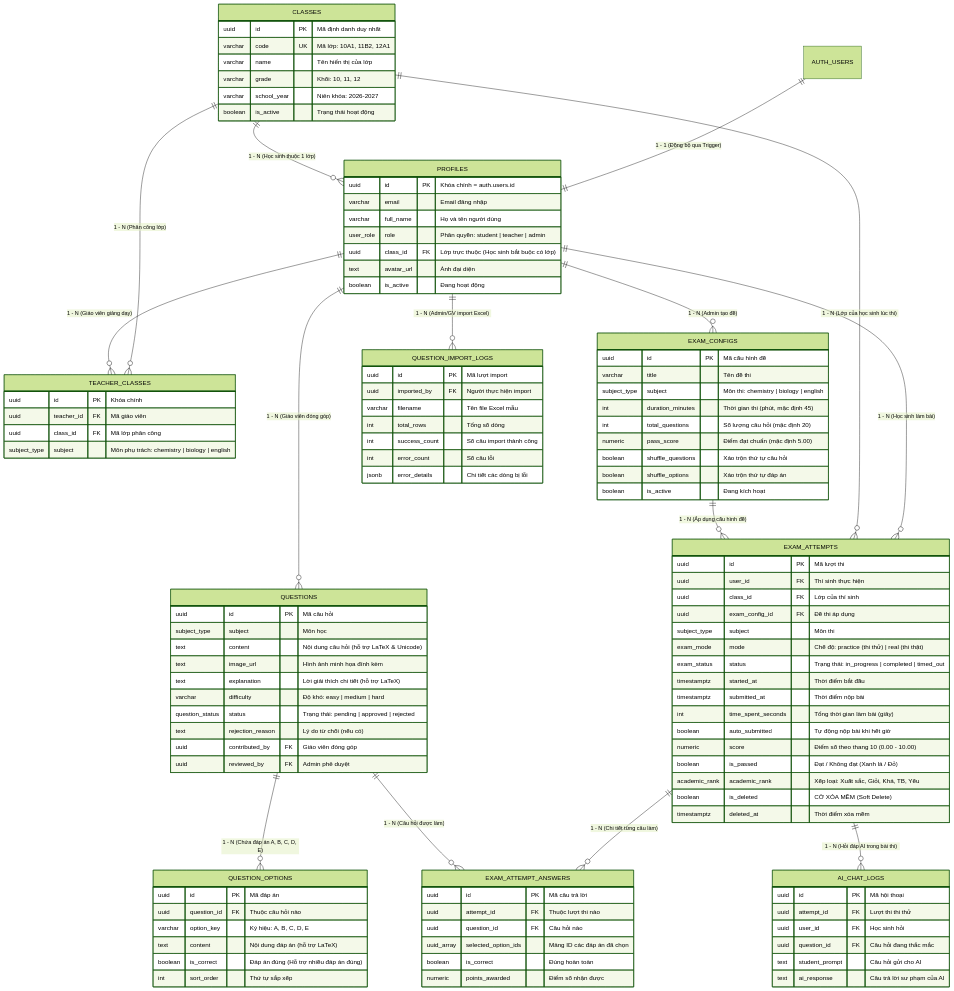
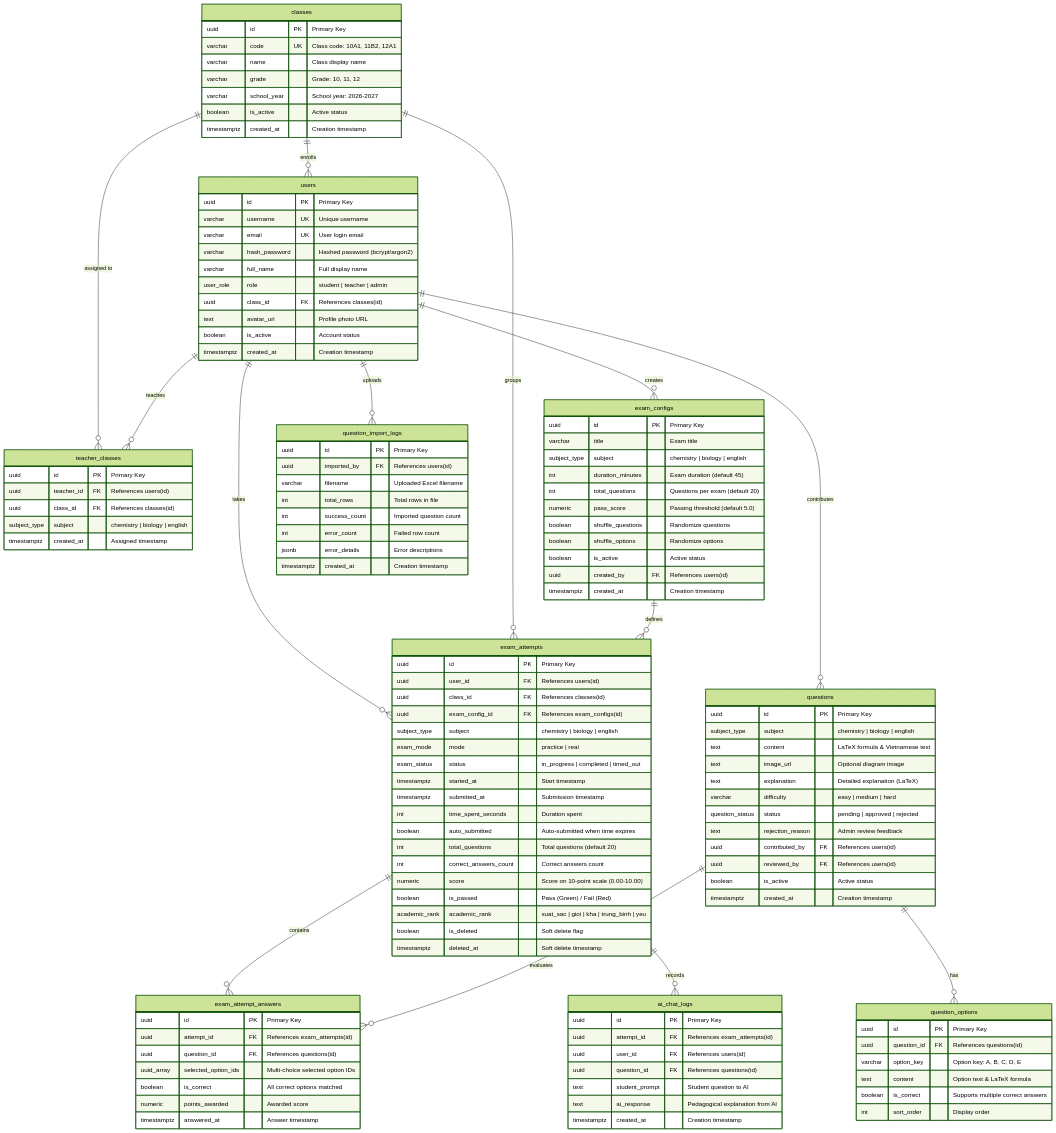
Before and after one commit to sunlight3d/VietIS: the diagram in vibercodeDate21-09-2026/exam-app/docs/luoc-do-co-so-du-lieu.md, drawn with Mermaid (forest theme). The commit also changed other lines of this file and 5 other files, not shown here.

Commit message:
refactor(db): standardize entity and attribute naming to English users(username, hash_password) convention

````diff
--- a/vibercodeDate21-09-2026/exam-app/docs/luoc-do-co-so-du-lieu.md
+++ b/vibercodeDate21-09-2026/exam-app/docs/luoc-do-co-so-du-lieu.md
@@ -34,124 +34,137 @@
 ```mermaid
 erDiagram
-    AUTH_USERS ||--|| PROFILES : "1 - 1 (Đồng bộ qua Trigger)"
-    CLASSES ||--o{ PROFILES : "1 - N (Học sinh thuộc 1 lớp)"
-    CLASSES ||--o{ TEACHER_CLASSES : "1 - N (Phân công lớp)"
-    PROFILES ||--o{ TEACHER_CLASSES : "1 - N (Giáo viên giảng dạy)"
-    PROFILES ||--o{ EXAM_CONFIGS : "1 - N (Admin tạo đề)"
-    PROFILES ||--o{ QUESTIONS : "1 - N (Giáo viên đóng góp)"
-    QUESTIONS ||--o{ QUESTION_OPTIONS : "1 - N (Chứa đáp án A, B, C, D, E)"
-    PROFILES ||--o{ EXAM_ATTEMPTS : "1 - N (Học sinh làm bài)"
-    CLASSES ||--o{ EXAM_ATTEMPTS : "1 - N (Lớp của học sinh lúc thi)"
-    EXAM_CONFIGS ||--o{ EXAM_ATTEMPTS : "1 - N (Áp dụng cấu hình đề)"
-    EXAM_ATTEMPTS ||--o{ EXAM_ATTEMPT_ANSWERS : "1 - N (Chi tiết từng câu làm)"
-    QUESTIONS ||--o{ EXAM_ATTEMPT_ANSWERS : "1 - N (Câu hỏi được làm)"
-    EXAM_ATTEMPTS ||--o{ AI_CHAT_LOGS : "1 - N (Hỏi đáp AI trong bài thi)"
-    PROFILES ||--o{ QUESTION_IMPORT_LOGS : "1 - N (Admin/GV import Excel)"
+    users ||--o{ exam_attempts : "takes"
+    classes ||--o{ users : "enrolls"
+    classes ||--o{ teacher_classes : "assigned to"
+    users ||--o{ teacher_classes : "teaches"
+    users ||--o{ exam_configs : "creates"
+    users ||--o{ questions : "contributes"
+    questions ||--o{ question_options : "has"
+    classes ||--o{ exam_attempts : "groups"
+    exam_configs ||--o{ exam_attempts : "defines"
+    exam_attempts ||--o{ exam_attempt_answers : "contains"
+    questions ||--o{ exam_attempt_answers : "evaluates"
+    exam_attempts ||--o{ ai_chat_logs : "records"
+    users ||--o{ question_import_logs : "uploads"
 
-    CLASSES {
-        uuid id PK "Mã định danh duy nhất"
-        varchar code UK "Mã lớp: 10A1, 11B2, 12A1"
-        varchar name "Tên hiển thị của lớp"
-        varchar grade "Khối: 10, 11, 12"
-        varchar school_year "Niên khóa: 2026-2027"
-        boolean is_active "Trạng thái hoạt động"
+    users {
+        uuid id PK "Primary Key"
+        varchar username UK "Unique username"
+        varchar email UK "User login email"
+        varchar hash_password "Hashed password (bcrypt/argon2)"
+        varchar full_name "Full display name"
+        user_role role "student | teacher | admin"
+        uuid class_id FK "References classes(id)"
+        text avatar_url "Profile photo URL"
+        boolean is_active "Account status"
+        timestamptz created_at "Creation timestamp"
     }
 
-    PROFILES {
-        uuid id PK "Khóa chính = auth.users.id"
-        varchar email "Email đăng nhập"
-        varchar full_name "Họ và tên người dùng"
-        user_role role "Phân quyền: student | teacher | admin"
-        uuid class_id FK "Lớp trực thuộc (Học sinh bắt buộc có lớp)"
-        text avatar_url "Ảnh đại diện"
-        boolean is_active "Đang hoạt động"
+    classes {
+        uuid id PK "Primary Key"
+        varchar code UK "Class code: 10A1, 11B2, 12A1"
+        varchar name "Class display name"
+        varchar grade "Grade: 10, 11, 12"
+        varchar school_year "School year: 2026-2027"
+        boolean is_active "Active status"
+        timestamptz created_at "Creation timestamp"
     }
 
-    TEACHER_CLASSES {
-        uuid id PK "Khóa chính"
-        uuid teacher_id FK "Mã giáo viên"
-        uuid class_id FK "Mã lớp phân công"
-        subject_type subject "Môn phụ trách: chemistry | biology | english"
+    teacher_classes {
+        uuid id PK "Primary Key"
+        uuid teacher_id FK "References users(id)"
+        uuid class_id FK "References classes(id)"
+        subject_type subject "chemistry | biology | english"
+        timestamptz created_at "Assigned timestamp"
     }
 
-    EXAM_CONFIGS {
-        uuid id PK "Mã cấu hình đề"
-        varchar title "Tên đề thi"
-        subject_type subject "Môn thi: chemistry | biology | english"
-        int duration_minutes "Thời gian thi (phút, mặc định 45)"
-        int total_questions "Số lượng câu hỏi (mặc định 20)"
-        numeric pass_score "Điểm đạt chuẩn (mặc định 5.00)"
-        boolean shuffle_questions "Xáo trộn thứ tự câu hỏi"
-        boolean shuffle_options "Xáo trộn thứ tự đáp án"
-        boolean is_active "Đang kích hoạt"
+    exam_configs {
+        uuid id PK "Primary Key"
+        varchar title "Exam title"
+        subject_type subject "chemistry | biology | english"
+        int duration_minutes "Exam duration (default 45)"
+        int total_questions "Questions per exam (default 20)"
+        numeric pass_score "Passing threshold (default 5.0)"
+        boolean shuffle_questions "Randomize questions"
+        boolean shuffle_options "Randomize options"
+        boolean is_active "Active status"
+        uuid created_by FK "References users(id)"
+        timestamptz created_at "Creation timestamp"
     }
 
-    QUESTIONS {
-        uuid id PK "Mã câu hỏi"
-        subject_type subject "Môn học"
-        text content "Nội dung câu hỏi (hỗ trợ LaTeX & Unicode)"
-        text image_url "Hình ảnh minh họa đính kèm"
-        text explanation "Lời giải thích chi tiết (hỗ trợ LaTeX)"
-        varchar difficulty "Độ khó: easy | medium | hard"
-        question_status status "Trạng thái: pending | approved | rejected"
-        text rejection_reason "Lý do từ chối (nếu có)"
-        uuid contributed_by FK "Giáo viên đóng góp"
-        uuid reviewed_by FK "Admin phê duyệt"
+    questions {
+        uuid id PK "Primary Key"
+        subject_type subject "chemistry | biology | english"
+        text content "LaTeX formula & Vietnamese text"
+        text image_url "Optional diagram image"
+        text explanation "Detailed explanation (LaTeX)"
+        varchar difficulty "easy | medium | hard"
+        question_status status "pending | approved | rejected"
+        text rejection_reason "Admin review feedback"
+        uuid contributed_by FK "References users(id)"
+        uuid reviewed_by FK "References users(id)"
+        boolean is_active "Active status"
+        timestamptz created_at "Creation timestamp"
     }
 
-    QUESTION_OPTIONS {
-        uuid id PK "Mã đáp án"
-        uuid question_id FK "Thuộc câu hỏi nào"
-        varchar option_key "Ký hiệu: A, B, C, D, E"
-        text content "Nội dung đáp án (hỗ trợ LaTeX)"
-        boolean is_correct "Đáp án đúng (Hỗ trợ nhiều đáp án đúng)"
-        int sort_order "Thứ tự sắp xếp"
+    question_options {
+        uuid id PK "Primary Key"
+        uuid question_id FK "References questions(id)"
+        varchar option_key "Option key: A, B, C, D, E"
+        text content "Option text & LaTeX formula"
+        boolean is_correct "Supports multiple correct answers"
+        int sort_order "Display order"
     }
 
-    EXAM_ATTEMPTS {
-        uuid id PK "Mã lượt thi"
-        uuid user_id FK "Thí sinh thực hiện"
-        uuid class_id FK "Lớp của thí sinh"
-        uuid exam_config_id FK "Đề thi áp dụng"
-        subject_type subject "Môn thi"
-        exam_mode mode "Chế độ: practice (thi thử) | real (thi thật)"
-        exam_status status "Trạng thái: in_progress | completed | timed_out"
-        timestamptz started_at "Thời điểm bắt đầu"
-        timestamptz submitted_at "Thời điểm nộp bài"
-        int time_spent_seconds "Tổng thời gian làm bài (giây)"
-        boolean auto_submitted "Tự động nộp bài khi hết giờ"
-        numeric score "Điểm số theo thang 10 (0.00 - 10.00)"
-        boolean is_passed "Đạt / Không đạt (Xanh lá / Đỏ)"
-        academic_rank academic_rank "Xếp loại: Xuất sắc, Giỏi, Khá, TB, Yếu"
-        boolean is_deleted "CỜ XÓA MỀM (Soft Delete)"
-        timestamptz deleted_at "Thời điểm xóa mềm"
+    exam_attempts {
+        uuid id PK "Primary Key"
+        uuid user_id FK "References users(id)"
+        uuid class_id FK "References classes(id)"
+        uuid exam_config_id FK "References exam_configs(id)"
+        subject_type subject "chemistry | biology | english"
+        exam_mode mode "practice | real"
+        exam_status status "in_progress | completed | timed_out"
+        timestamptz started_at "Start timestamp"
+        timestamptz submitted_at "Submission timestamp"
+        int time_spent_seconds "Duration spent"
+        boolean auto_submitted "Auto-submitted when time expires"
+        int total_questions "Total questions (default 20)"
+        int correct_answers_count "Correct answers count"
+        numeric score "Score on 10-point scale (0.00-10.00)"
+        boolean is_passed "Pass (Green) / Fail (Red)"
+        academic_rank academic_rank "xuat_sac | gioi | kha | trung_binh | yeu"
+        boolean is_deleted "Soft delete flag"
+        timestamptz deleted_at "Soft delete timestamp"
     }
 
-    EXAM_ATTEMPT_ANSWERS {
-        uuid id PK "Mã câu trả lời"
-        uuid attempt_id FK "Thuộc lượt thi nào"
-        uuid question_id FK "Câu hỏi nào"
-        uuid_array selected_option_ids "Mảng ID các đáp án đã chọn"
-        boolean is_correct "Đúng hoàn toàn"
-        numeric points_awarded "Điểm số nhận được"
+    exam_attempt_answers {
+        uuid id PK "Primary Key"
+        uuid attempt_id FK "References exam_attempts(id)"
+        uuid question_id FK "References questions(id)"
+        uuid_array selected_option_ids "Multi-choice selected option IDs"
+        boolean is_correct "All correct options matched"
+        numeric points_awarded "Awarded score"
+        timestamptz answered_at "Answer timestamp"
     }
 
-    AI_CHAT_LOGS {
-        uuid id PK "Mã hội thoại"
-        uuid attempt_id FK "Lượt thi thi thử"
-        uuid user_id FK "Học sinh hỏi"
-        uuid question_id FK "Câu hỏi đang thắc mắc"
-        text student_prompt "Câu hỏi gửi cho AI"
-        text ai_response "Câu trả lời sư phạm của AI"
+    ai_chat_logs {
+        uuid id PK "Primary Key"
+        uuid attempt_id FK "References exam_attempts(id)"
+        uuid user_id FK "References users(id)"
+        uuid question_id FK "References questions(id)"
+        text student_prompt "Student question to AI"
+        text ai_response "Pedagogical explanation from AI"
+        timestamptz created_at "Creation timestamp"
     }
 
-    QUESTION_IMPORT_LOGS {
-        uuid id PK "Mã lượt import"
-        uuid imported_by FK "Người thực hiện import"
-        varchar filename "Tên file Excel mẫu"
-        int total_rows "Tổng số dòng"
-        int success_count "Số câu import thành công"
-        int error_count "Số câu lỗi"
-        jsonb error_details "Chi tiết các dòng bị lỗi"
+    question_import_logs {
+        uuid id PK "Primary Key"
+        uuid imported_by FK "References users(id)"
+        varchar filename "Uploaded Excel filename"
+        int total_rows "Total rows in file"
+        int success_count "Imported question count"
+        int error_count "Failed row count"
+        jsonb error_details "Error descriptions"
+        timestamptz created_at "Creation timestamp"
     }
 ```
````
